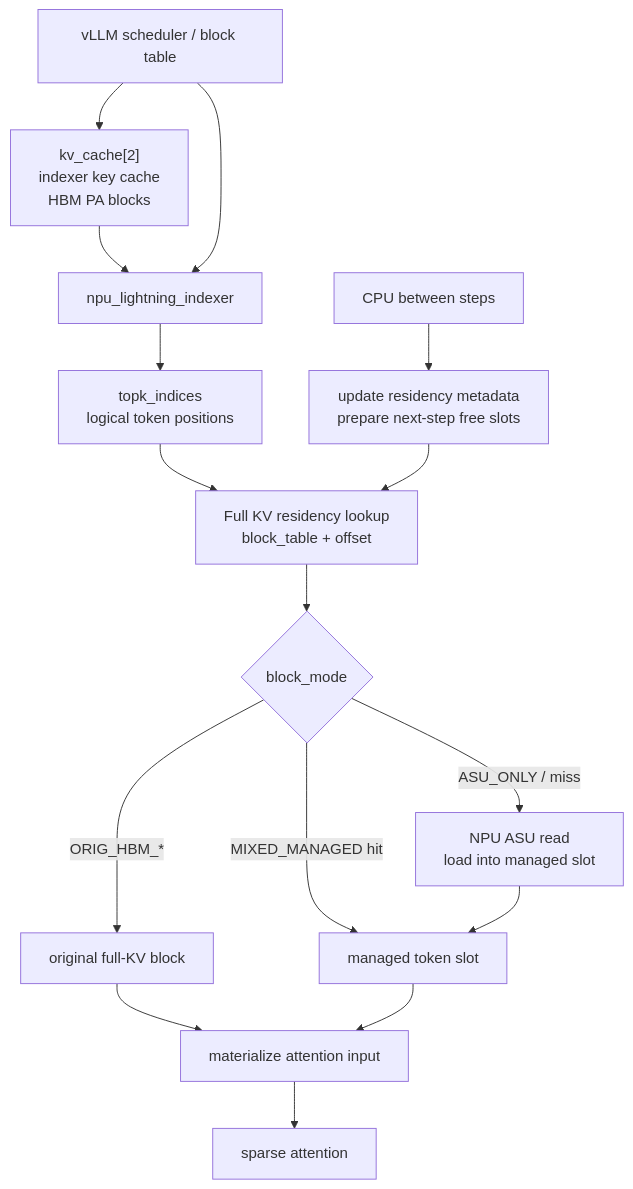
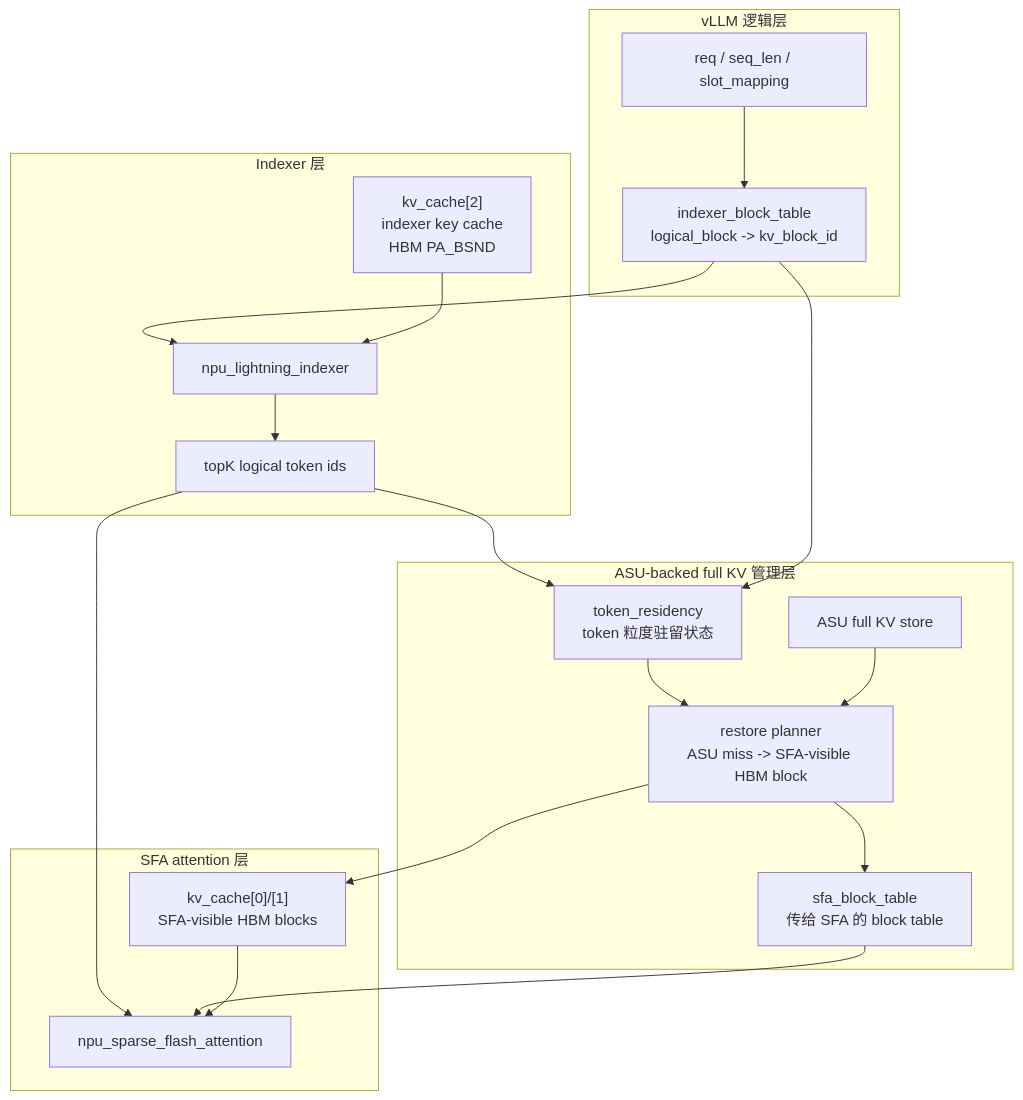
The first of 7 diagrams in docs/draft/2026-06-02-npu-hbm-kvcache-management-draft.md (ykfnxx/ASU-Ascend), drawn with Mermaid before and after one commit. The commit also changed other lines of this file, not shown here.

Commit message:
Rewrite ASU-backed KVCache draft

````diff
--- a/docs/draft/2026-06-02-npu-hbm-kvcache-management-draft.md
+++ b/docs/draft/2026-06-02-npu-hbm-kvcache-management-draft.md
@@ -192,20 +163,39 @@
 ```mermaid
 flowchart TB
-    A["vLLM scheduler / block table"] --> B["kv_cache[2]<br/>indexer key cache<br/>HBM PA blocks"]
-    B --> C["npu_lightning_indexer"]
-    A --> C
-    C --> D["topk_indices<br/>logical token positions"]
+    subgraph V["vLLM 逻辑层"]
+        R["req / seq_len / slot_mapping"]
+        BT["indexer_block_table<br/>logical_block -> kv_block_id"]
+    end
 
-    D --> E["Full KV residency lookup<br/>block_table + offset"]
-    E --> F{"block_mode"}
-    F -- "ORIG_HBM_*" --> G["original full-KV block"]
-    F -- "MIXED_MANAGED hit" --> H["managed token slot"]
-    F -- "ASU_ONLY / miss" --> L["NPU ASU read<br/>load into managed slot"]
-    L --> H
-    G --> I["materialize attention input"]
-    H --> I
-    I --> S["sparse attention"]
+    subgraph I["Indexer 层"]
+        K2["kv_cache[2]<br/>indexer key cache<br/>HBM PA_BSND"]
+        IDX["npu_lightning_indexer"]
+        TOPK["topK logical token ids"]
+    end
 
-    J["CPU between steps"] --> K["update residency metadata<br/>prepare next-step free slots"]
-    K --> E
+    subgraph C["ASU-backed full KV 管理层"]
+        RES["token_residency<br/>token 粒度驻留状态"]
+        ASU["ASU full KV store"]
+        REST["restore planner<br/>ASU miss -> SFA-visible HBM block"]
+        SBT["sfa_block_table<br/>传给 SFA 的 block table"]
+    end
+
+    subgraph A["SFA attention 层"]
+        K01["kv_cache[0]/[1]<br/>SFA-visible HBM blocks"]
+        SFA["npu_sparse_flash_attention"]
+    end
+
+    R --> BT
+    BT --> IDX
+    K2 --> IDX
+    IDX --> TOPK
+    TOPK --> RES
+    BT --> RES
+    RES --> REST
+    ASU --> REST
+    REST --> K01
+    REST --> SBT
+    TOPK --> SFA
+    SBT --> SFA
+    K01 --> SFA
 ```
````
